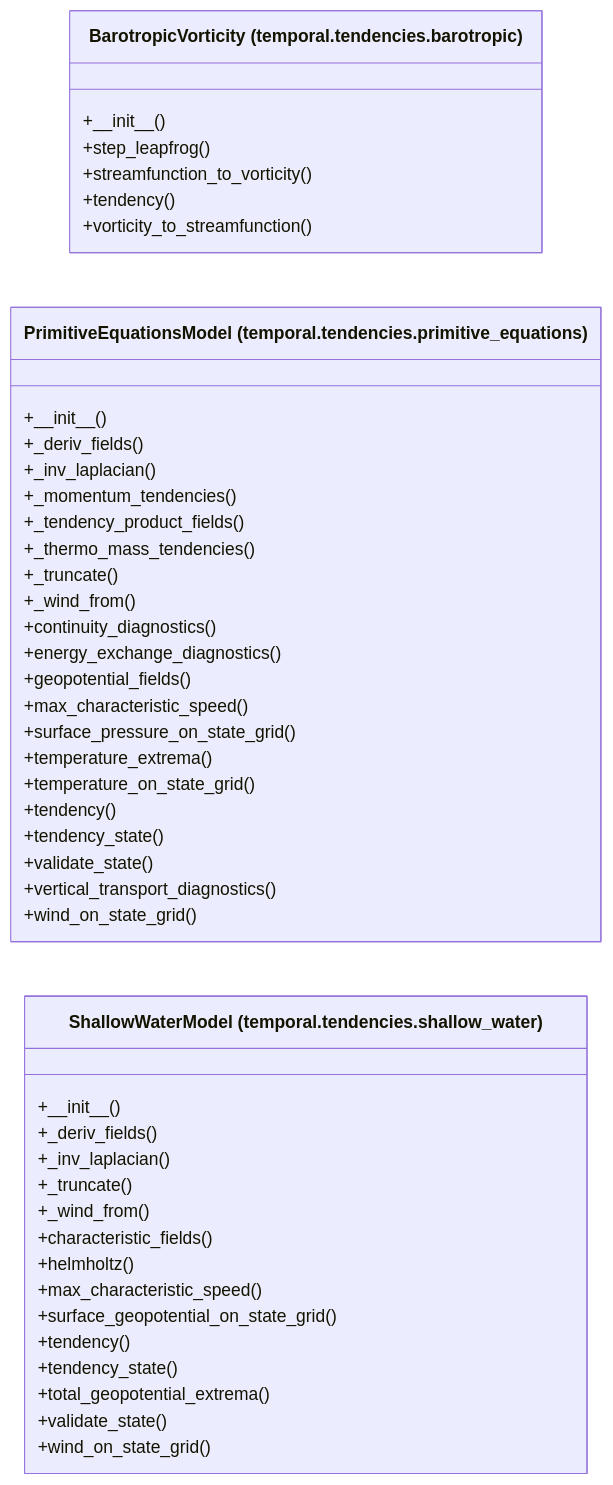
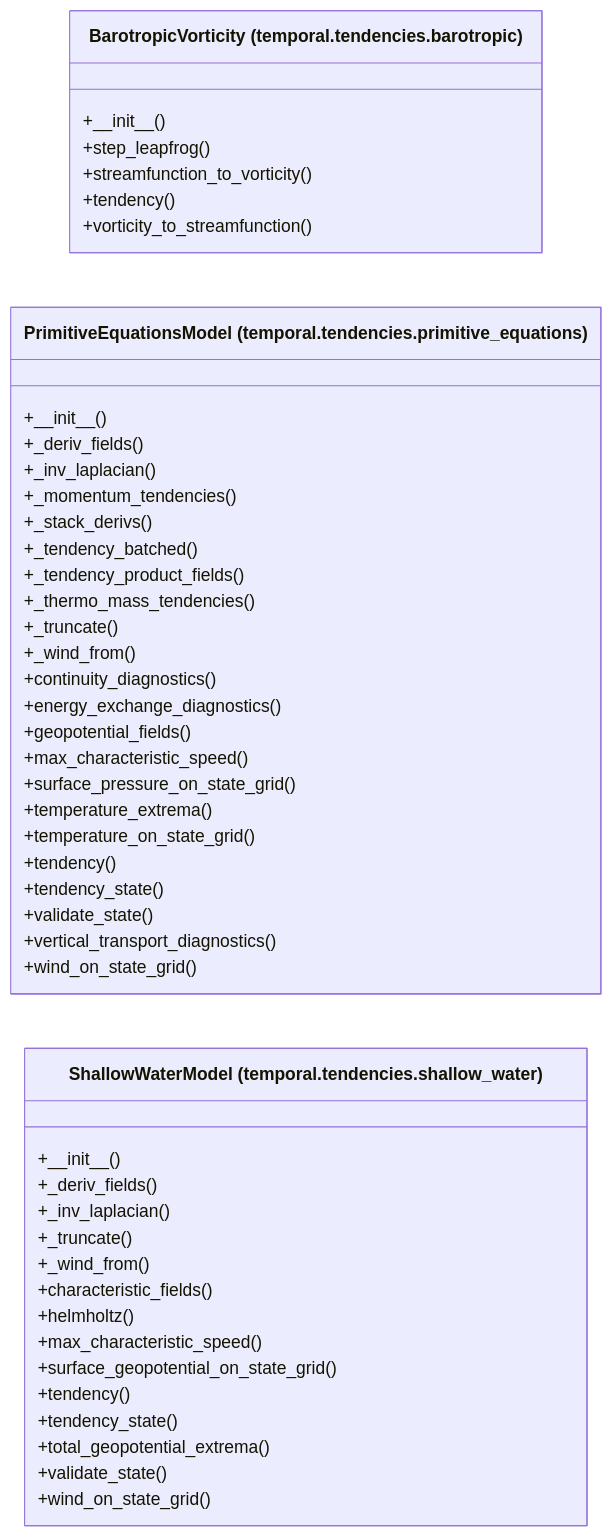
The diagram in docs/architecture/current/classes/tropoi.temporal.tendencies.mmd (AlexandreEros/Palintropos), drawn with Mermaid before and after one commit. The commit also changed 16 other files, not shown here.

First line of the commit message:
feat(pe): opt-in level-batched transforms and tendency path (S2)

```diff
--- a/docs/architecture/current/classes/tropoi.temporal.tendencies.mmd
+++ b/docs/architecture/current/classes/tropoi.temporal.tendencies.mmd
@@ -1,46 +1,48 @@
 %% Generated by tools.architecture 1.0.0. Do not edit by hand.
 %% All classes defined in package tropoi.temporal.tendencies.
 classDiagram
     direction LR
     class c_tropoi_otemporal_otendencies_obarotropic_oBarotropicVorticity["BarotropicVorticity (temporal.tendencies.barotropic)"]
     c_tropoi_otemporal_otendencies_obarotropic_oBarotropicVorticity : +#95;#95;init#95;#95;()
     c_tropoi_otemporal_otendencies_obarotropic_oBarotropicVorticity : +step#95;leapfrog()
     c_tropoi_otemporal_otendencies_obarotropic_oBarotropicVorticity : +streamfunction#95;to#95;vorticity()
     c_tropoi_otemporal_otendencies_obarotropic_oBarotropicVorticity : +tendency()
     c_tropoi_otemporal_otendencies_obarotropic_oBarotropicVorticity : +vorticity#95;to#95;streamfunction()
     class c_tropoi_otemporal_otendencies_oprimitive__equations_oPrimitiveEquationsModel["PrimitiveEquationsModel (temporal.tendencies.primitive_equations)"]
     c_tropoi_otemporal_otendencies_oprimitive__equations_oPrimitiveEquationsModel : +#95;#95;init#95;#95;()
     c_tropoi_otemporal_otendencies_oprimitive__equations_oPrimitiveEquationsModel : +#95;deriv#95;fields()
     c_tropoi_otemporal_otendencies_oprimitive__equations_oPrimitiveEquationsModel : +#95;inv#95;laplacian()
     c_tropoi_otemporal_otendencies_oprimitive__equations_oPrimitiveEquationsModel : +#95;momentum#95;tendencies()
+    c_tropoi_otemporal_otendencies_oprimitive__equations_oPrimitiveEquationsModel : +#95;stack#95;derivs()
+    c_tropoi_otemporal_otendencies_oprimitive__equations_oPrimitiveEquationsModel : +#95;tendency#95;batched()
     c_tropoi_otemporal_otendencies_oprimitive__equations_oPrimitiveEquationsModel : +#95;tendency#95;product#95;fields()
     c_tropoi_otemporal_otendencies_oprimitive__equations_oPrimitiveEquationsModel : +#95;thermo#95;mass#95;tendencies()
     c_tropoi_otemporal_otendencies_oprimitive__equations_oPrimitiveEquationsModel : +#95;truncate()
     c_tropoi_otemporal_otendencies_oprimitive__equations_oPrimitiveEquationsModel : +#95;wind#95;from()
     c_tropoi_otemporal_otendencies_oprimitive__equations_oPrimitiveEquationsModel : +continuity#95;diagnostics()
     c_tropoi_otemporal_otendencies_oprimitive__equations_oPrimitiveEquationsModel : +energy#95;exchange#95;diagnostics()
     c_tropoi_otemporal_otendencies_oprimitive__equations_oPrimitiveEquationsModel : +geopotential#95;fields()
     c_tropoi_otemporal_otendencies_oprimitive__equations_oPrimitiveEquationsModel : +max#95;characteristic#95;speed()
     c_tropoi_otemporal_otendencies_oprimitive__equations_oPrimitiveEquationsModel : +surface#95;pressure#95;on#95;state#95;grid()
     c_tropoi_otemporal_otendencies_oprimitive__equations_oPrimitiveEquationsModel : +temperature#95;extrema()
     c_tropoi_otemporal_otendencies_oprimitive__equations_oPrimitiveEquationsModel : +temperature#95;on#95;state#95;grid()
     c_tropoi_otemporal_otendencies_oprimitive__equations_oPrimitiveEquationsModel : +tendency()
     c_tropoi_otemporal_otendencies_oprimitive__equations_oPrimitiveEquationsModel : +tendency#95;state()
     c_tropoi_otemporal_otendencies_oprimitive__equations_oPrimitiveEquationsModel : +validate#95;state()
     c_tropoi_otemporal_otendencies_oprimitive__equations_oPrimitiveEquationsModel : +vertical#95;transport#95;diagnostics()
     c_tropoi_otemporal_otendencies_oprimitive__equations_oPrimitiveEquationsModel : +wind#95;on#95;state#95;grid()
     class c_tropoi_otemporal_otendencies_oshallow__water_oShallowWaterModel["ShallowWaterModel (temporal.tendencies.shallow_water)"]
     c_tropoi_otemporal_otendencies_oshallow__water_oShallowWaterModel : +#95;#95;init#95;#95;()
     c_tropoi_otemporal_otendencies_oshallow__water_oShallowWaterModel : +#95;deriv#95;fields()
     c_tropoi_otemporal_otendencies_oshallow__water_oShallowWaterModel : +#95;inv#95;laplacian()
     c_tropoi_otemporal_otendencies_oshallow__water_oShallowWaterModel : +#95;truncate()
     c_tropoi_otemporal_otendencies_oshallow__water_oShallowWaterModel : +#95;wind#95;from()
     c_tropoi_otemporal_otendencies_oshallow__water_oShallowWaterModel : +characteristic#95;fields()
     c_tropoi_otemporal_otendencies_oshallow__water_oShallowWaterModel : +helmholtz()
     c_tropoi_otemporal_otendencies_oshallow__water_oShallowWaterModel : +max#95;characteristic#95;speed()
     c_tropoi_otemporal_otendencies_oshallow__water_oShallowWaterModel : +surface#95;geopotential#95;on#95;state#95;grid()
     c_tropoi_otemporal_otendencies_oshallow__water_oShallowWaterModel : +tendency()
     c_tropoi_otemporal_otendencies_oshallow__water_oShallowWaterModel : +tendency#95;state()
     c_tropoi_otemporal_otendencies_oshallow__water_oShallowWaterModel : +total#95;geopotential#95;extrema()
     c_tropoi_otemporal_otendencies_oshallow__water_oShallowWaterModel : +validate#95;state()
     c_tropoi_otemporal_otendencies_oshallow__water_oShallowWaterModel : +wind#95;on#95;state#95;grid()
```
